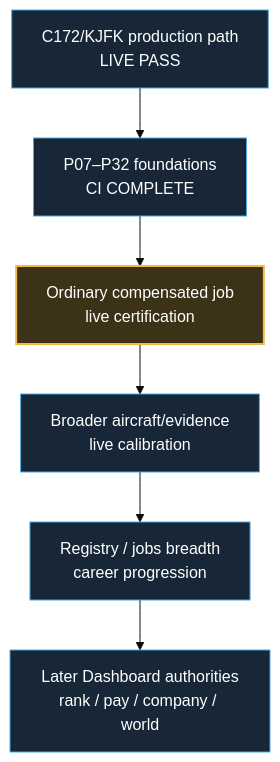
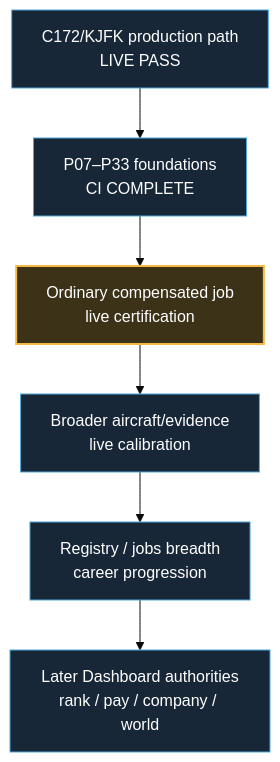
Before and after one commit to dhavalpddn-eng/OpenCareer: the second of 2 diagrams in docs/development-master-checklist.md, drawn with Mermaid (base theme). The commit also changed other lines of this file and 2 other files, not shown here.

````diff
--- a/docs/development-master-checklist.md
+++ b/docs/development-master-checklist.md
@@ -54,13 +54,13 @@
 ```mermaid
 flowchart TD
-    A["C172/KJFK production path<br/>LIVE PASS"] --> B["P07–P32 foundations<br/>CI COMPLETE"]
+    A["C172/KJFK production path<br/>LIVE PASS"] --> B["P07–P33 foundations<br/>CI COMPLETE"]
     B --> C["Ordinary compensated job<br/>live certification"]
     C --> D["Broader aircraft/evidence<br/>live calibration"]
     D --> E["Registry / jobs breadth<br/>career progression"]
     E --> F["Later Dashboard authorities<br/>rank / pay / company / world"]
 
     classDef next fill:#3b3218,stroke:#F4B942,color:#fff,stroke-width:2px;
     classDef future fill:#172737,stroke:#4EA8DE,color:#fff,stroke-width:1px;
     class C next;
     class A,B,D,E,F future;
 ```
````
